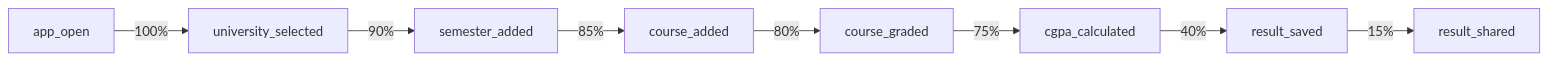
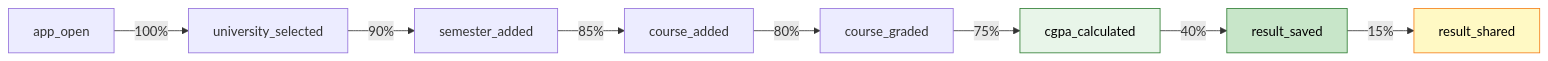
Before and after one commit to Savior-Systems/Savior-Systems-Android-Projects: the diagram in 02. BD Varsity CGPA Pro/12.LOGGING-ANALYTICS.md, drawn with Mermaid. The commit also changed other lines of this file and 311 other files, not shown here.

````diff
--- a/02. BD Varsity CGPA Pro/12.LOGGING-ANALYTICS.md
+++ b/02. BD Varsity CGPA Pro/12.LOGGING-ANALYTICS.md
@@ -99,10 +99,14 @@
 ```mermaid
 graph LR
     A["app_open"] -->|100%| B["university_selected"]
     B -->|90%| C["semester_added"]
     C -->|85%| D["course_added"]
     D -->|80%| E["course_graded"]
     E -->|75%| F["cgpa_calculated"]
     F -->|40%| G["result_saved"]
     G -->|15%| H["result_shared"]
+
+    style F fill:#E8F5E9,stroke:#2E7D32,color:#000
+    style G fill:#C8E6C9,stroke:#2E7D32,color:#000
+    style H fill:#FFF9C4,stroke:#F57F17,color:#000
 ```
````
